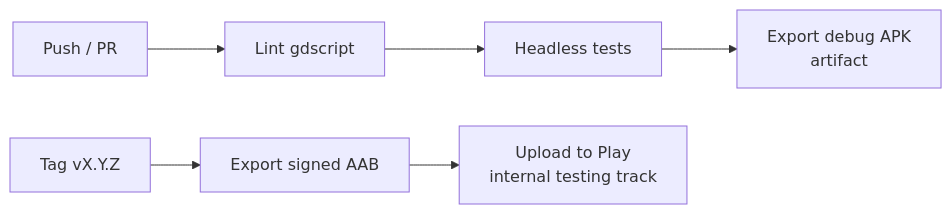
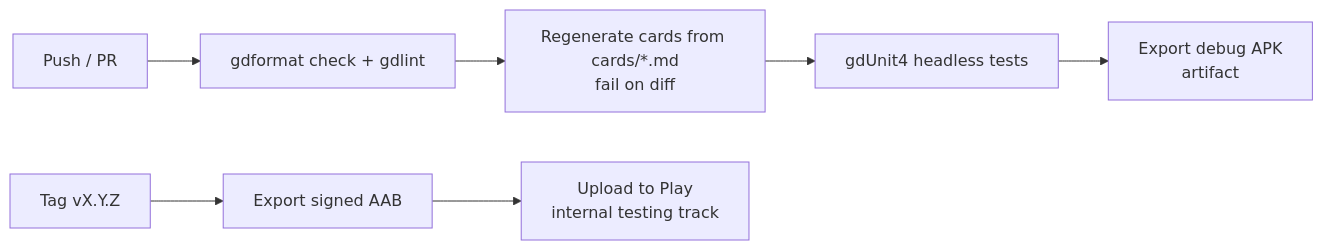
The diagram in docs/technical/10-build-and-release.md (TuntematonSotilas/ring_card_game), drawn with Mermaid before and after one commit. The commit also changed other lines of this file and 26 other files, not shown here.

````diff
--- a/docs/technical/10-build-and-release.md
+++ b/docs/technical/10-build-and-release.md
@@ -43,7 +43,8 @@
 ```mermaid
 flowchart LR
-    push[Push / PR] --> lint[Lint gdscript]
-    lint --> tests[Headless tests]
+    push[Push / PR] --> lint[gdformat check + gdlint]
+    lint --> cards[Regenerate cards from cards/*.md<br/>fail on diff]
+    cards --> tests[gdUnit4 headless tests]
     tests --> debug[Export debug APK<br/>artifact]
     tag[Tag vX.Y.Z] --> release[Export signed AAB] --> play[Upload to Play<br/>internal testing track]
 ```
````
